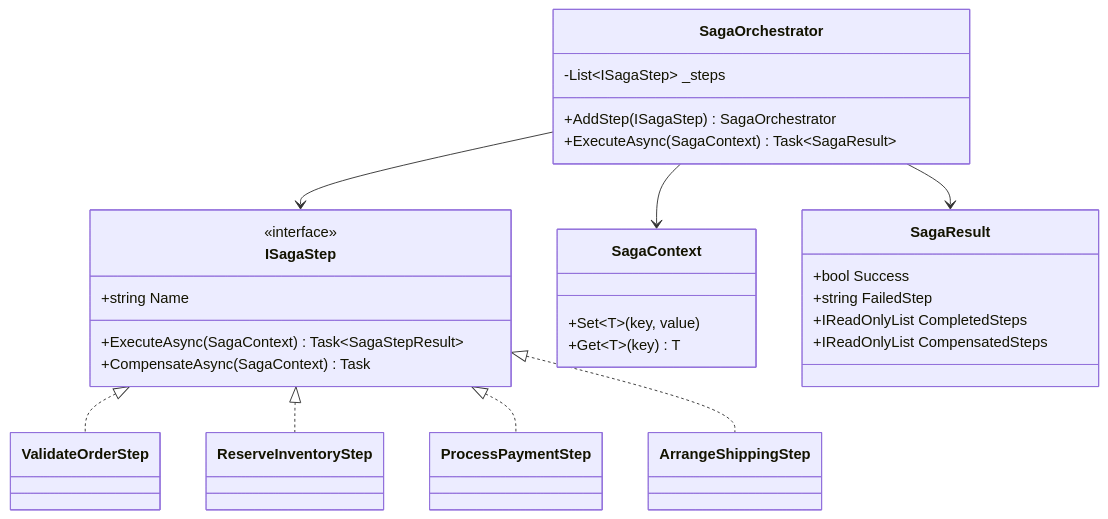
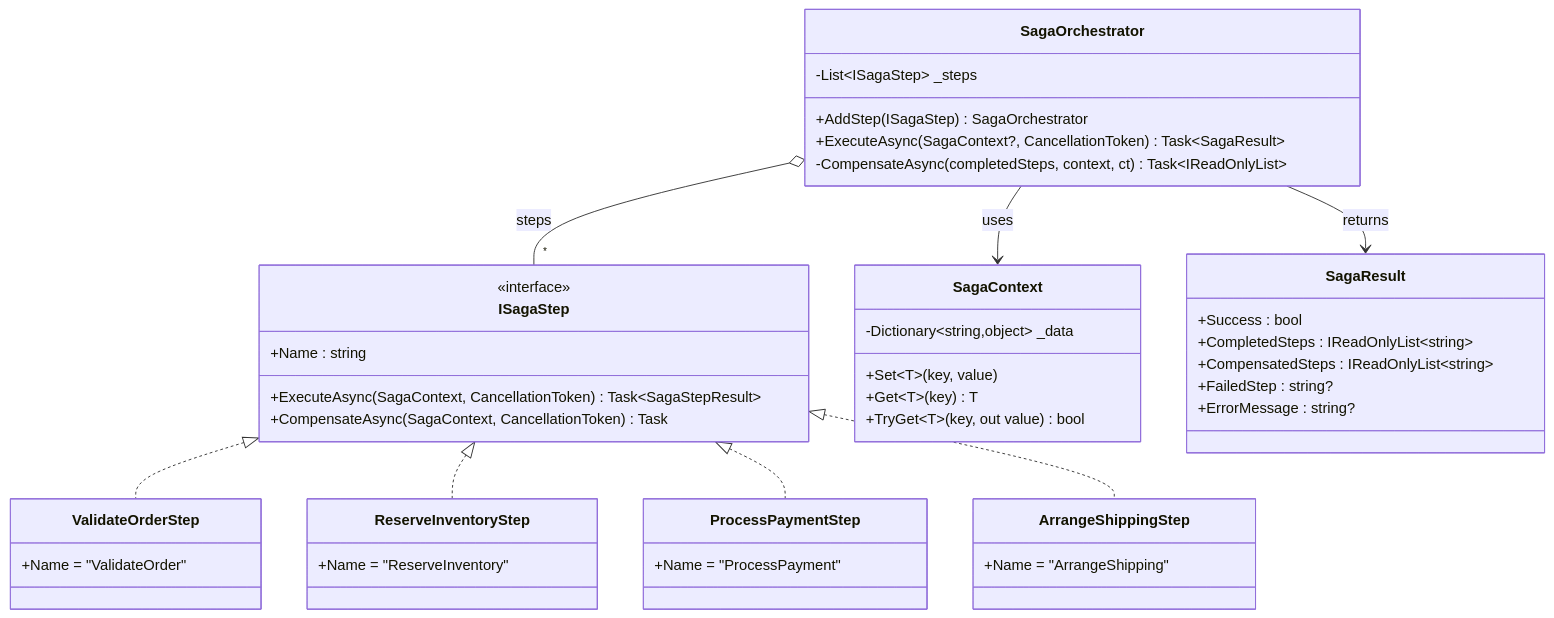
Before and after one commit to senapatisantosh/DotnetAdvanceDesignPattern: the first of 2 diagrams in src/DesignPatterns.Enterprise/Saga/README.md, drawn with Mermaid. The commit also changed other lines of this file and 2 other files, not shown here.

First line of the commit message:
feat: add interview revision cheatsheet, update Saga and ValueObject READMEs

````diff
--- a/src/DesignPatterns.Enterprise/Saga/README.md
+++ b/src/DesignPatterns.Enterprise/Saga/README.md
@@ -81,32 +78,52 @@
 ```mermaid
 classDiagram
     class ISagaStep {
         <<interface>>
-        +string Name
-        +ExecuteAsync(SagaContext) Task~SagaStepResult~
-        +CompensateAsync(SagaContext) Task
+        +Name : string
+        +ExecuteAsync(SagaContext, CancellationToken) Task~SagaStepResult~
+        +CompensateAsync(SagaContext, CancellationToken) Task
     }
+
     class SagaOrchestrator {
         -List~ISagaStep~ _steps
         +AddStep(ISagaStep) SagaOrchestrator
-        +ExecuteAsync(SagaContext) Task~SagaResult~
+        +ExecuteAsync(SagaContext?, CancellationToken) Task~SagaResult~
+        -CompensateAsync(completedSteps, context, ct) Task~IReadOnlyList~
     }
+
     class SagaContext {
+        -Dictionary~string,object~ _data
         +Set~T~(key, value)
         +Get~T~(key) T
-    }
-    class SagaResult {
-        +bool Success
-        +string FailedStep
-        +IReadOnlyList CompletedSteps
-        +IReadOnlyList CompensatedSteps
+        +TryGet~T~(key, out value) bool
     }
 
-    SagaOrchestrator --> ISagaStep
-    SagaOrchestrator --> SagaContext
-    SagaOrchestrator --> SagaResult
+    class SagaResult {
+        +Success : bool
+        +CompletedSteps : IReadOnlyList~string~
+        +CompensatedSteps : IReadOnlyList~string~
+        +FailedStep : string?
+        +ErrorMessage : string?
+    }
+
+    class ValidateOrderStep {
+        +Name = "ValidateOrder"
+    }
+    class ReserveInventoryStep {
+        +Name = "ReserveInventory"
+    }
+    class ProcessPaymentStep {
+        +Name = "ProcessPayment"
+    }
+    class ArrangeShippingStep {
+        +Name = "ArrangeShipping"
+    }
+
     ISagaStep <|.. ValidateOrderStep
     ISagaStep <|.. ReserveInventoryStep
     ISagaStep <|.. ProcessPaymentStep
     ISagaStep <|.. ArrangeShippingStep
+    SagaOrchestrator o-- "*" ISagaStep : steps
+    SagaOrchestrator --> SagaContext : uses
+    SagaOrchestrator --> SagaResult : returns
 ```
````
